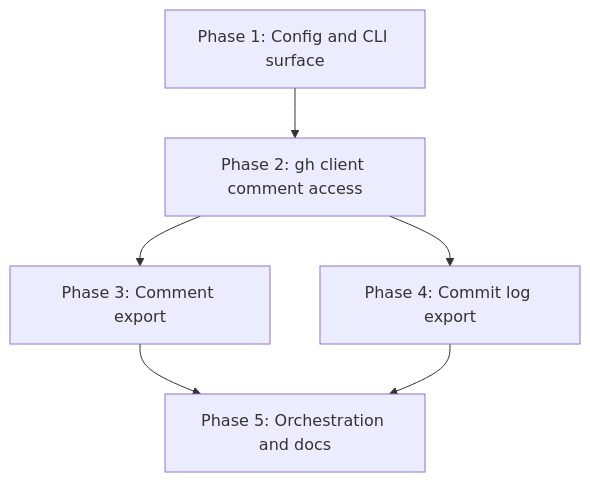
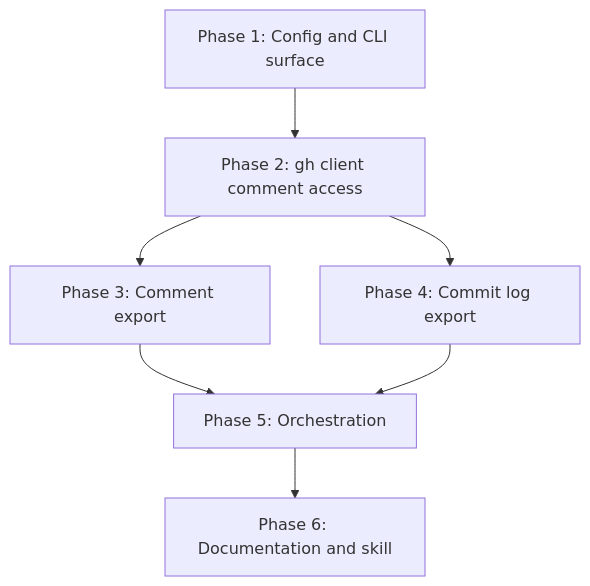
One commit to s2005/prinfo changed the second of 2 diagrams in docs/tasks/comments-commit-log/implementation_plan.md. Above: the diagram before and after it, drawn with Mermaid. The commit also changed other lines of this file and 4 other files, not shown here.

First line of the commit message:
docs(prinfo): split documentation into its own phase and cover new failure modes

````diff
--- a/docs/tasks/comments-commit-log/implementation_plan.md
+++ b/docs/tasks/comments-commit-log/implementation_plan.md
@@ -169,8 +190,9 @@
 ```mermaid
 flowchart TB
     P1["Phase 1: Config and CLI surface"] --> P2["Phase 2: gh client comment access"]
     P2 --> P3["Phase 3: Comment export"]
     P2 --> P4["Phase 4: Commit log export"]
-    P3 --> P5["Phase 5: Orchestration and docs"]
+    P3 --> P5["Phase 5: Orchestration"]
     P4 --> P5
+    P5 --> P6["Phase 6: Documentation and skill"]
 ```
````
